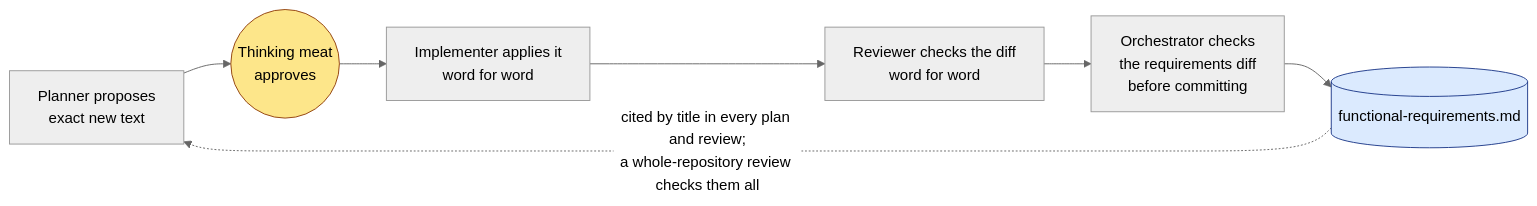
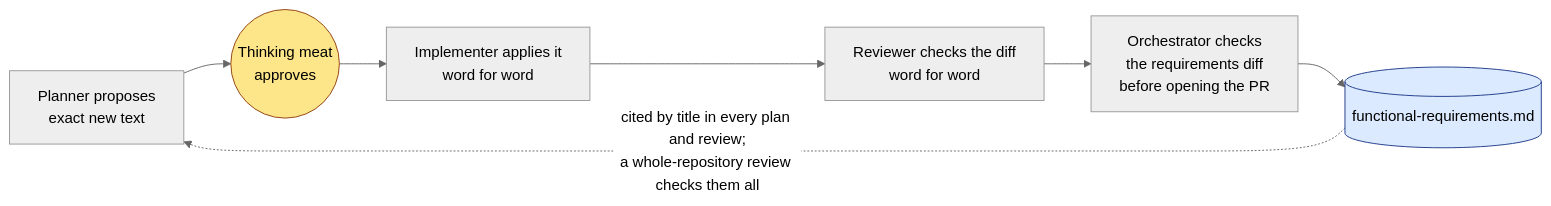
The third of 5 diagrams in .claude/skills/README.md (kkestell/ox), drawn with Mermaid (neutral theme) before and after one commit. The commit also changed other lines of this file and 22 other files, not shown here.

````diff
--- a/.claude/skills/README.md
+++ b/.claude/skills/README.md
@@ -79,14 +80,14 @@
 ```mermaid
 flowchart LR
     Plan["Planner proposes<br/>exact new text"] --> You(("Thinking meat<br/>approves"))
     You --> Work["Implementer applies it<br/>word for word"]
     Work --> Review["Reviewer checks the diff<br/>word for word"]
-    Review --> Orch["Orchestrator checks<br/>the requirements diff<br/>before committing"]
+    Review --> Orch["Orchestrator checks<br/>the requirements diff<br/>before opening the PR"]
     Orch --> FR[("functional-requirements.md")]
     FR -. "cited by title in every plan and review;<br/>a whole-repository review checks them all" .-> Plan
 
     classDef you fill:#fde68a,stroke:#92400e,color:#000
     classDef doc fill:#dbeafe,stroke:#1e3a8a,color:#000
     class You you
     class FR doc
 ```
````
